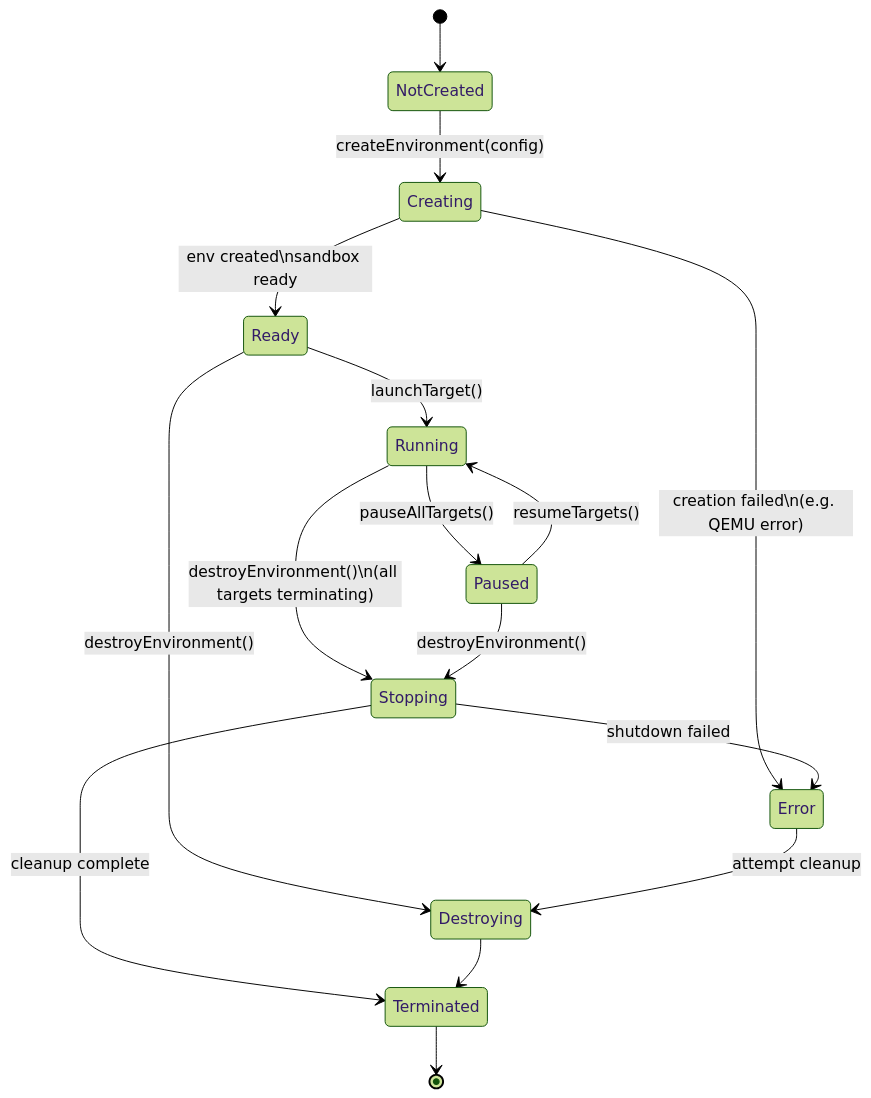
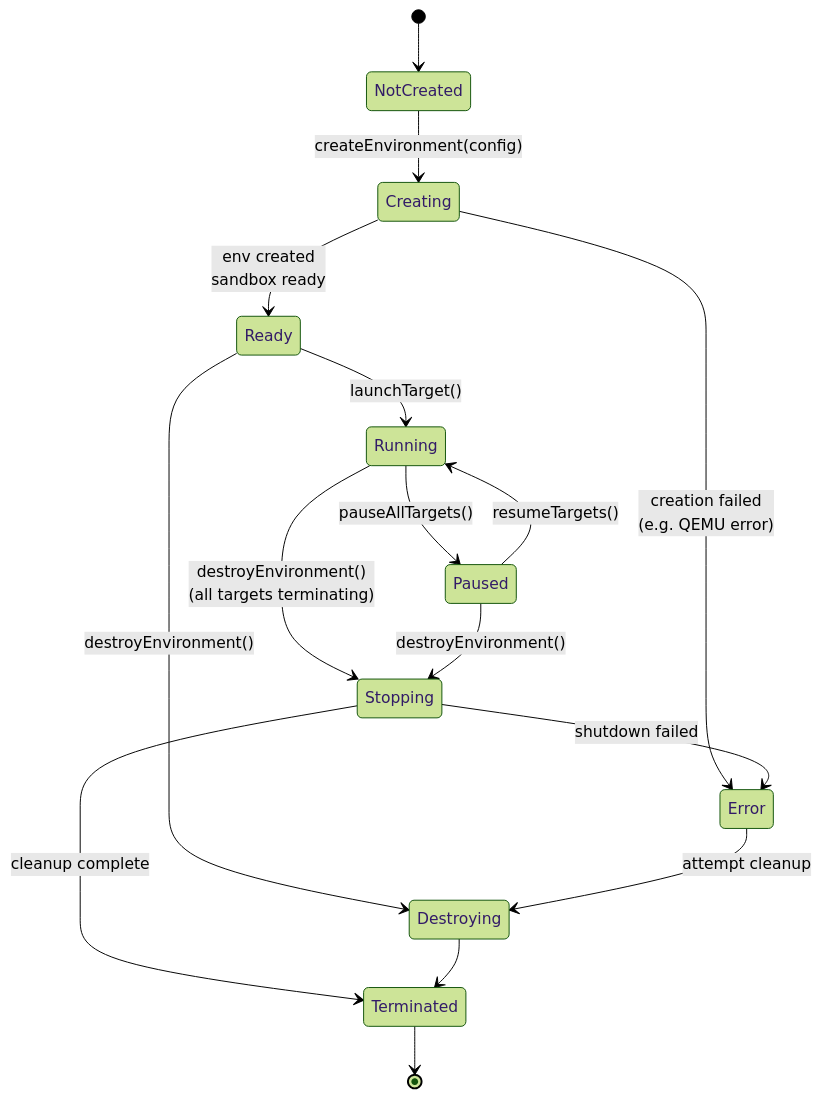
The diagram in docs/Diagrams/Runtime/env_states.md (Huraharah/guardAIn_Debugger), drawn with Mermaid (forest theme) before and after one commit. The commit also changed 8 other files, not shown here.

````diff
--- a/docs/Diagrams/Runtime/env_states.md
+++ b/docs/Diagrams/Runtime/env_states.md
@@ -1,25 +1,25 @@
 ```mermaid
 stateDiagram-v2
     [*] --> NotCreated
 
     NotCreated --> Creating: createEnvironment(config)
-    Creating --> Ready: env created\nsandbox ready
-    Creating --> Error: creation failed\n(e.g. QEMU error)
+    Creating --> Ready: env created<br/>sandbox ready
+    Creating --> Error: creation failed<br/>(e.g. QEMU error)
 
     Ready --> Running: launchTarget()
     Ready --> Destroying: destroyEnvironment()
 
     Running --> Paused: pauseAllTargets()
     Paused --> Running: resumeTargets()
 
-    Running --> Stopping: destroyEnvironment()\n(all targets terminating)
+    Running --> Stopping: destroyEnvironment()<br/>(all targets terminating)
     Paused --> Stopping: destroyEnvironment()
 
     Stopping --> Terminated: cleanup complete
     Stopping --> Error: shutdown failed
 
     Error --> Destroying: attempt cleanup
     Destroying --> Terminated
 
     Terminated --> [*]
 ```
````
